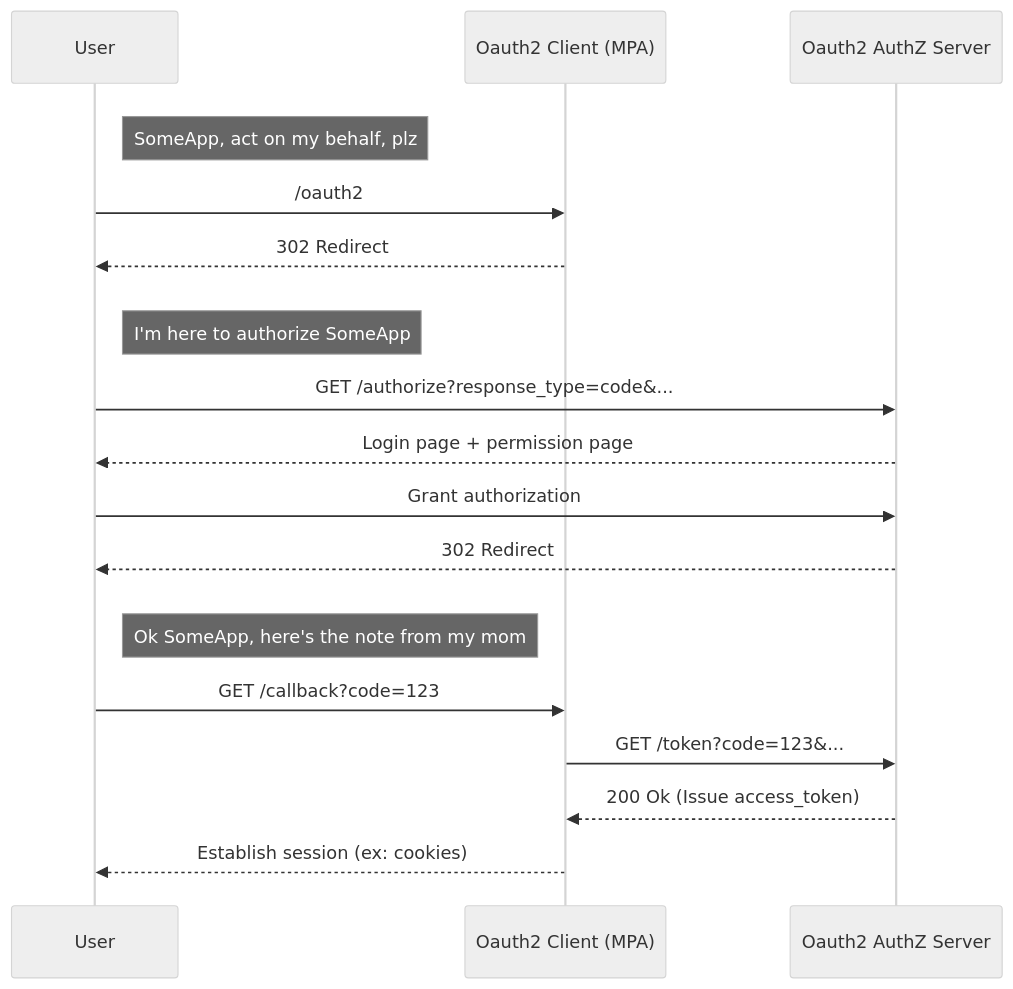
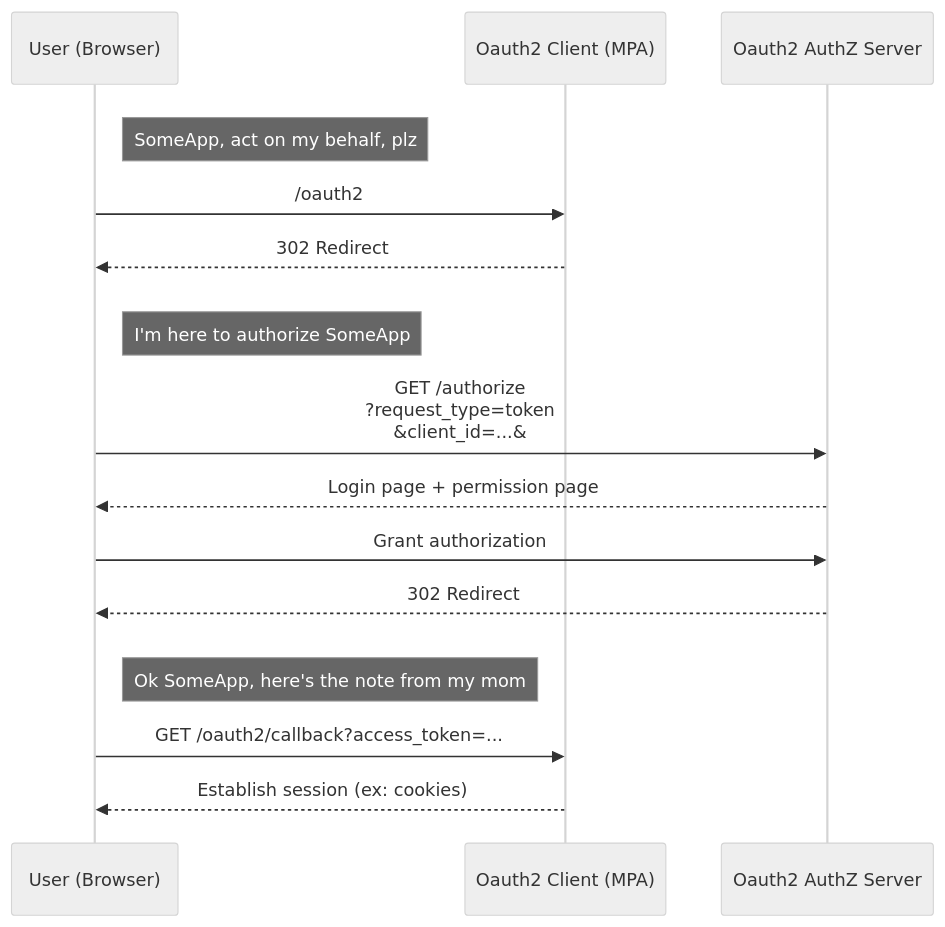
One commit to andrewrosss/oauth2-flows changed the diagram in implicit.md. Above: the diagram before and after it, drawn with Mermaid (neutral theme).

Commit message:
Add initial draft of implicit.md

````diff
--- a/implicit.md
+++ b/implicit.md
@@ -3,31 +3,30 @@
 ```mermaid
 sequenceDiagram
-  %% client = server-rendered app? user -> client arrows are _actual_ requests
-  %% client = SPA? user -> client arrows are more like button clicks/js reading state
-  participant user as User
+  %% client = server-rendered app? user-to-client arrows are _actual_ requests
+  %% client = SPA? user-to-client arrows are more like button clicks/js reading state
+  participant user as User (Browser)
   participant client as Oauth2 Client (MPA)
   participant oauth as Oauth2 AuthZ Server
 
   rect rgba(255, 255, 255, 0.1)
     note right of user: SomeApp, act on my behalf, plz
+    %% TODO: Show how provider is selected?
+    %% TODO: Show request params
     user ->> client: /oauth2
     client -->> user: 302 Redirect
   end
 
   rect rgba(255, 255, 255, 0.1)
     note right of user: I'm here to authorize SomeApp
-    user ->> oauth: GET /authorize?response_type=code&...
+    user ->> oauth: GET /authorize<br>?request_type=token<br>&client_id=...&
     oauth -->> user: Login page + permission page
     user ->> oauth: Grant authorization
     oauth -->> user: 302 Redirect
   end
 
   rect rgba(255, 255, 255, 0.1)
     note right of user: Ok SomeApp, here's the note from my mom
-    user ->> client: GET /callback?code=123
-    client ->> oauth: GET /token?code=123&...
-    oauth -->> client: 200 Ok (Issue access_token)
+    user ->> client: GET /oauth2/callback?access_token=...
     client -->> user: Establish session (ex: cookies)
   end
-
 ```
````
